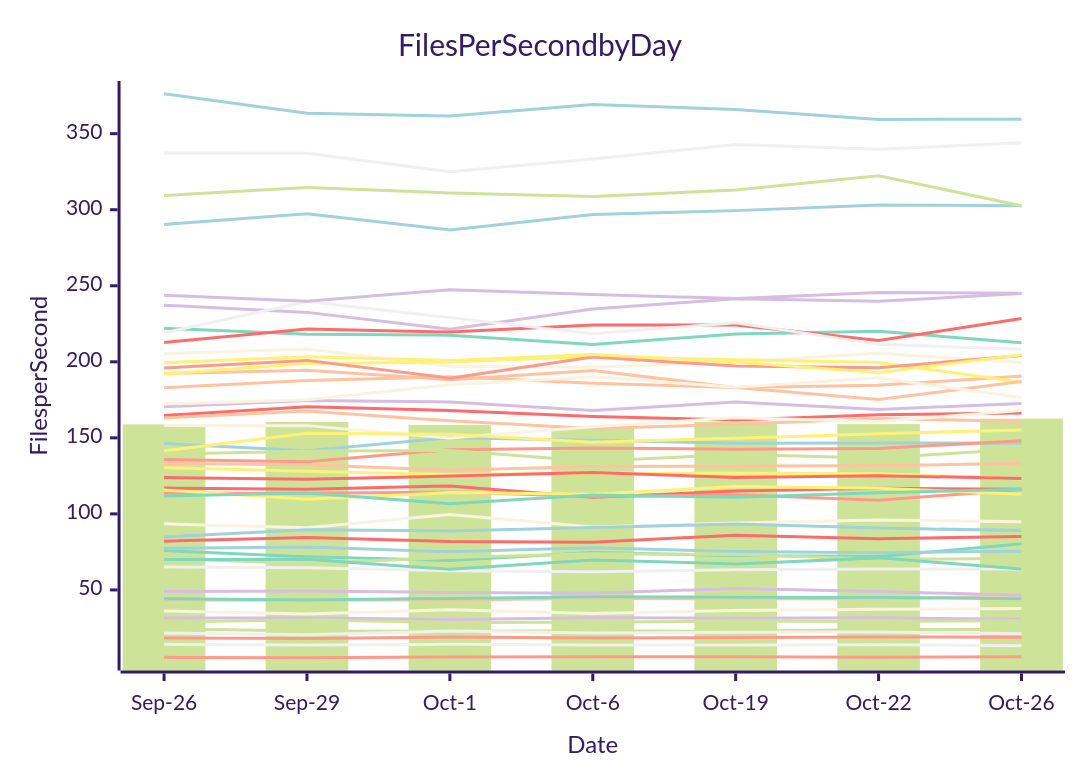
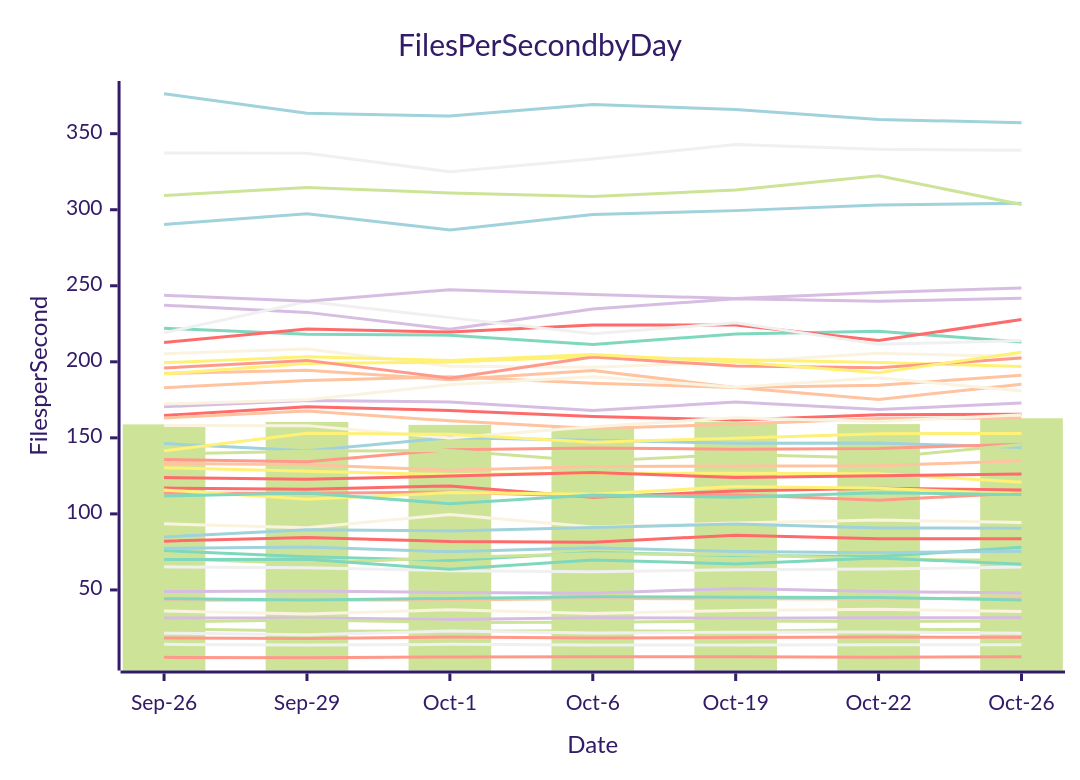
One commit to streetsidesoftware/cspell changed the diagram in perf-report.md. Above: the diagram before and after it, drawn with Mermaid (forest theme). The commit also changed other lines of this file and 1 other file, not shown here.

````diff
--- a/perf-report.md
+++ b/perf-report.md
@@ -10,57 +10,57 @@
 ```mermaid
 xychart-beta
     title Files Per Second by Day
     y-axis Files per Second
     x-axis Date [Sep-26, Sep-29, Oct-1, Oct-6, Oct-19, Oct-22, Oct-26]
-    bar [158.85, 160.46, 158.54, 157.78, 160.58, 159.03, 162.63]
-    line [164.68, 170.44, 168.02, 164.09, 161.71, 165.23, 166.36]
-    line [290.36, 297.31, 286.74, 296.93, 299.41, 303.13, 302.64]
-    line [31.52, 31.59, 30.62, 31.79, 31.44, 31.67, 30.66]
-    line [65.18, 64.56, 62.65, 62.01, 63.29, 63.79, 63.80]
-    line [43.13, 43.45, 43.36, 44.34, 44.15, 44.08, 46.15]
-    line [75.87, 71.80, 69.38, 74.54, 72.64, 71.96, 80.34]
-    line [5.68, 5.41, 5.92, 6.00, 6.02, 5.75, 6.07]
-    line [93.49, 90.93, 99.59, 91.34, 93.97, 96.00, 94.80]
-    line [130.33, 127.99, 125.90, 126.66, 126.74, 126.46, 123.01]
-    line [24.38, 23.05, 22.85, 23.16, 22.78, 23.92, 23.93]
-    line [116.99, 116.24, 118.39, 111.00, 115.01, 116.88, 116.25]
-    line [84.85, 89.53, 88.83, 91.13, 93.37, 90.70, 89.01]
-    line [48.89, 49.28, 48.37, 47.88, 50.97, 49.03, 46.43]
-    line [337.30, 337.13, 324.92, 333.43, 342.86, 339.81, 343.99]
-    line [133.16, 132.31, 128.76, 131.24, 131.49, 131.59, 133.33]
-    line [44.28, 43.43, 44.41, 45.48, 45.18, 45.07, 44.15]
-    line [113.64, 113.59, 114.39, 111.42, 112.56, 109.04, 115.89]
-    line [205.32, 208.45, 197.08, 196.39, 199.93, 205.59, 199.49]
-    line [115.76, 109.67, 113.99, 112.94, 118.00, 116.85, 112.97]
-    line [70.55, 67.39, 71.27, 73.77, 73.27, 70.11, 70.63]
-    line [123.86, 122.76, 124.85, 127.28, 123.99, 125.15, 123.27]
-    line [77.36, 78.18, 75.07, 77.78, 75.28, 74.51, 75.51]
-    line [237.21, 232.50, 221.42, 234.66, 241.48, 239.78, 244.89]
-    line [21.60, 20.47, 22.93, 21.69, 22.11, 22.28, 21.14]
-    line [192.37, 194.39, 188.26, 194.31, 183.18, 184.56, 190.62]
-    line [222.06, 218.14, 217.51, 211.32, 218.31, 220.10, 212.47]
-    line [18.42, 18.07, 18.99, 18.38, 18.69, 19.00, 18.96]
-    line [36.15, 34.22, 37.04, 34.53, 36.49, 37.33, 37.75]
-    line [192.01, 198.88, 199.85, 203.55, 201.34, 199.55, 186.55]
-    line [28.98, 30.17, 28.67, 28.81, 29.58, 29.31, 29.80]
-    line [212.71, 221.60, 219.58, 224.28, 224.21, 213.97, 228.42]
-    line [376.26, 363.37, 361.56, 369.11, 365.93, 359.34, 359.52]
-    line [170.45, 174.63, 173.65, 167.92, 173.59, 168.67, 172.58]
-    line [219.04, 239.66, 229.06, 218.48, 225.66, 211.47, 208.25]
-    line [183.01, 187.77, 190.16, 185.98, 183.04, 175.20, 187.04]
-    line [70.01, 70.14, 63.55, 69.72, 67.05, 71.08, 63.82]
-    line [195.94, 200.94, 189.24, 203.08, 197.32, 196.05, 204.21]
-    line [172.24, 175.00, 184.88, 190.21, 183.26, 189.47, 176.48]
-    line [199.39, 203.39, 200.83, 204.79, 199.89, 192.85, 204.64]
-    line [309.34, 314.63, 311.05, 308.73, 313.03, 322.37, 302.67]
-    line [82.08, 84.54, 81.78, 81.41, 86.03, 83.62, 85.12]
-    line [146.26, 141.54, 150.02, 148.37, 146.50, 146.67, 146.43]
-    line [243.74, 239.90, 247.38, 244.34, 241.58, 245.56, 245.11]
-    line [14.23, 13.74, 14.24, 13.86, 13.81, 14.01, 13.34]
-    line [163.11, 167.69, 161.21, 156.12, 158.95, 162.77, 160.91]
-    line [111.81, 113.74, 106.75, 112.35, 111.02, 113.95, 116.28]
-    line [135.80, 134.31, 142.24, 143.38, 142.44, 143.06, 148.10]
-    line [158.08, 158.04, 149.87, 157.33, 163.29, 160.80, 167.96]
-    line [141.41, 152.96, 152.29, 147.14, 149.81, 152.74, 155.21]
-    line [139.38, 141.22, 141.74, 134.66, 139.08, 136.76, 142.67]
+    bar [158.85, 160.46, 158.54, 157.78, 160.58, 159.03, 162.88]
+    line [164.68, 170.44, 168.02, 164.09, 161.71, 165.23, 165.52]
+    line [290.36, 297.31, 286.74, 296.93, 299.41, 303.13, 304.26]
+    line [31.52, 31.59, 30.62, 31.79, 31.44, 31.67, 31.76]
+    line [65.18, 64.56, 62.65, 62.01, 63.29, 63.79, 65.04]
+    line [43.13, 43.45, 43.36, 44.34, 44.15, 44.08, 44.88]
+    line [75.87, 71.80, 69.38, 74.54, 72.64, 71.96, 78.03]
+    line [5.68, 5.41, 5.92, 6.00, 6.02, 5.75, 6.08]
+    line [93.49, 90.93, 99.59, 91.34, 93.97, 96.00, 94.26]
+    line [130.33, 127.99, 125.90, 126.66, 126.74, 126.46, 120.81]
+    line [24.38, 23.05, 22.85, 23.16, 22.78, 23.92, 23.92]
+    line [116.99, 116.24, 118.39, 111.00, 115.01, 116.88, 115.75]
+    line [84.85, 89.53, 88.83, 91.13, 93.37, 90.70, 90.63]
+    line [48.89, 49.28, 48.37, 47.88, 50.97, 49.03, 47.93]
+    line [337.30, 337.13, 324.92, 333.43, 342.86, 339.81, 339.09]
+    line [133.16, 132.31, 128.76, 131.24, 131.49, 131.59, 134.95]
+    line [44.28, 43.43, 44.41, 45.48, 45.18, 45.07, 43.44]
+    line [113.64, 113.59, 114.39, 111.42, 112.56, 109.04, 113.74]
+    line [205.32, 208.45, 197.08, 196.39, 199.93, 205.59, 203.50]
+    line [115.76, 109.67, 113.99, 112.94, 118.00, 116.85, 113.16]
+    line [70.55, 67.39, 71.27, 73.77, 73.27, 70.11, 69.58]
+    line [123.86, 122.76, 124.85, 127.28, 123.99, 125.15, 126.17]
+    line [77.36, 78.18, 75.07, 77.78, 75.28, 74.51, 75.46]
+    line [237.21, 232.50, 221.42, 234.66, 241.48, 239.78, 241.86]
+    line [21.60, 20.47, 22.93, 21.69, 22.11, 22.28, 21.49]
+    line [192.37, 194.39, 188.26, 194.31, 183.18, 184.56, 191.18]
+    line [222.06, 218.14, 217.51, 211.32, 218.31, 220.10, 213.00]
+    line [18.42, 18.07, 18.99, 18.38, 18.69, 19.00, 18.86]
+    line [36.15, 34.22, 37.04, 34.53, 36.49, 37.33, 35.75]
+    line [192.01, 198.88, 199.85, 203.55, 201.34, 199.55, 196.93]
+    line [28.98, 30.17, 28.67, 28.81, 29.58, 29.31, 29.57]
+    line [212.71, 221.60, 219.58, 224.28, 224.21, 213.97, 227.87]
+    line [376.26, 363.37, 361.56, 369.11, 365.93, 359.34, 357.24]
+    line [170.45, 174.63, 173.65, 167.92, 173.59, 168.67, 172.87]
+    line [219.04, 239.66, 229.06, 218.48, 225.66, 211.47, 214.07]
+    line [183.01, 187.77, 190.16, 185.98, 183.04, 175.20, 185.26]
+    line [70.01, 70.14, 63.55, 69.72, 67.05, 71.08, 66.94]
+    line [195.94, 200.94, 189.24, 203.08, 197.32, 196.05, 202.51]
+    line [172.24, 175.00, 184.88, 190.21, 183.26, 189.47, 180.82]
+    line [199.39, 203.39, 200.83, 204.79, 199.89, 192.85, 206.26]
+    line [309.34, 314.63, 311.05, 308.73, 313.03, 322.37, 303.40]
+    line [82.08, 84.54, 81.78, 81.41, 86.03, 83.62, 83.58]
+    line [146.26, 141.54, 150.02, 148.37, 146.50, 146.67, 143.71]
+    line [243.74, 239.90, 247.38, 244.34, 241.58, 245.56, 248.53]
+    line [14.23, 13.74, 14.24, 13.86, 13.81, 14.01, 14.02]
+    line [163.11, 167.69, 161.21, 156.12, 158.95, 162.77, 162.98]
+    line [111.81, 113.74, 106.75, 112.35, 111.02, 113.95, 112.74]
+    line [135.80, 134.31, 142.24, 143.38, 142.44, 143.06, 145.87]
+    line [158.08, 158.04, 149.87, 157.33, 163.29, 160.80, 165.12]
+    line [141.41, 152.96, 152.29, 147.14, 149.81, 152.74, 152.86]
+    line [139.38, 141.22, 141.74, 134.66, 139.08, 136.76, 145.61]
 ```
````
